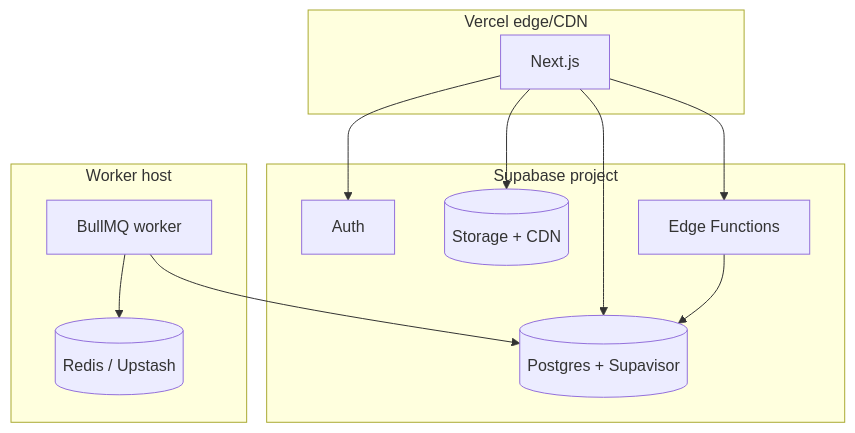
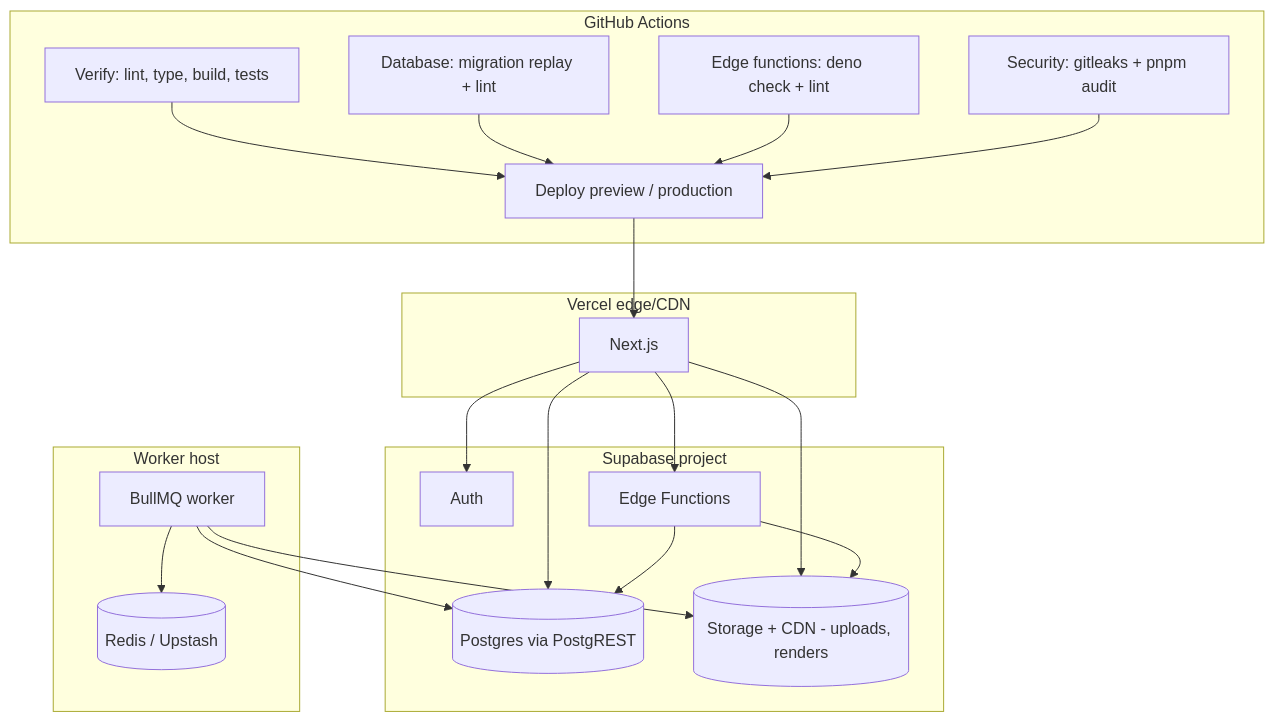
Before and after one commit to Ferousco-dev/beyond-social: the fourth of 4 diagrams in docs/production-readiness.md, drawn with Mermaid. The commit also changed other lines of this file, not shown here.

First line of the commit message:
Re-audit production-readiness.md against current main (#98)

````diff
--- a/docs/production-readiness.md
+++ b/docs/production-readiness.md
@@ -339,23 +467,37 @@
 ```mermaid
 flowchart TB
+  subgraph CI[GitHub Actions]
+    Verify[Verify: lint, type, build, tests]
+    DBCheck[Database: migration replay + lint]
+    FnCheck[Edge functions: deno check + lint]
+    Sec[Security: gitleaks + pnpm audit]
+    Deploy[Deploy preview / production]
+  end
   subgraph Edge[Vercel edge/CDN]
     Web[Next.js]
   end
   subgraph SB[Supabase project]
-    PG[(Postgres + Supavisor)]
+    PG[(Postgres via PostgREST)]
     Auth[Auth]
-    Store[(Storage + CDN)]
+    Store[(Storage + CDN - uploads, renders)]
     Fns[Edge Functions]
   end
   subgraph Ops[Worker host]
     Worker[BullMQ worker]
     Redis[(Redis / Upstash)]
   end
+  Verify --> Deploy
+  DBCheck --> Deploy
+  FnCheck --> Deploy
+  Sec --> Deploy
+  Deploy --> Web
   Web --> PG
   Web --> Auth
   Web --> Store
   Web --> Fns
   Fns --> PG
+  Fns --> Store
   Worker --> Redis
   Worker --> PG
+  Worker --> Store
 ```
````
